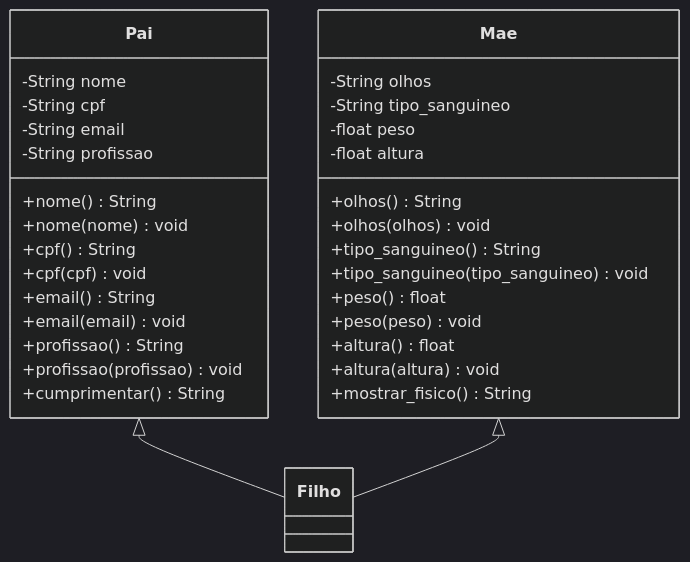
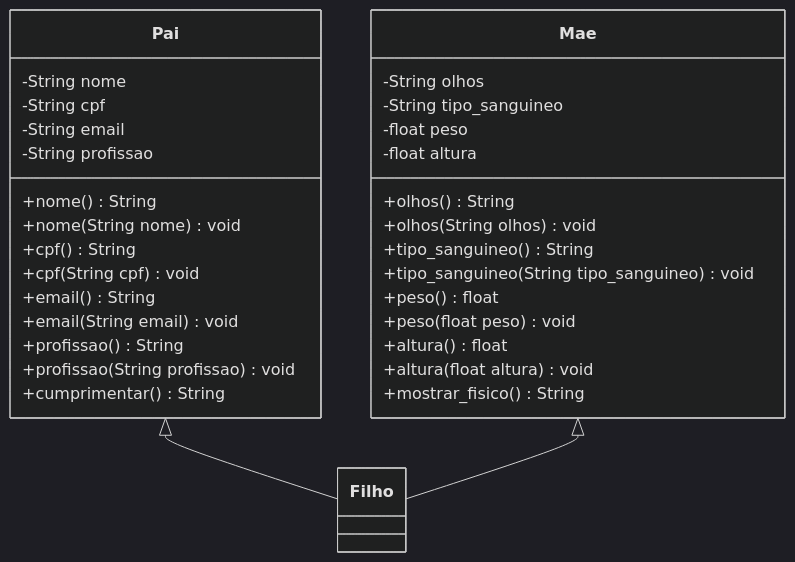
Before and after one commit to dev-alexmachado/guia_rapido_python: the fifth of 9 diagrams in parte05/orientacao_a_objetos.md, drawn with Mermaid (dark theme). The commit also changed other lines of this file, not shown here.

Commit message:
Diagramas de classes feitos.

```diff
--- a/parte05/orientacao_a_objetos.md
+++ b/parte05/orientacao_a_objetos.md
@@ -327,39 +327,39 @@
 ~~~mermaid
 classDiagram
     class Pai {
         -String nome
         -String cpf
         -String email
         -String profissao
         +nome() String
-        +nome(nome) void
+        +nome(String nome) void
         +cpf() String
-        +cpf(cpf) void
+        +cpf(String cpf) void
         +email() String
-        +email(email) void
+        +email(String email) void
         +profissao() String
-        +profissao(profissao) void
+        +profissao(String profissao) void
         +cumprimentar() String
     }
 
     class Mae {
         -String olhos
         -String tipo_sanguineo
         -float peso
         -float altura
         +olhos() String
-        +olhos(olhos) void
+        +olhos(String olhos) void
         +tipo_sanguineo() String
-        +tipo_sanguineo(tipo_sanguineo) void
+        +tipo_sanguineo(String tipo_sanguineo) void
         +peso() float
-        +peso(peso) void
+        +peso(float peso) void
         +altura() float
-        +altura(altura) void
+        +altura(float altura) void
         +mostrar_fisico() String
     }
 
     class Filho {}
 
     Pai <|-- Filho
     Mae <|-- Filho
 ~~~
```
